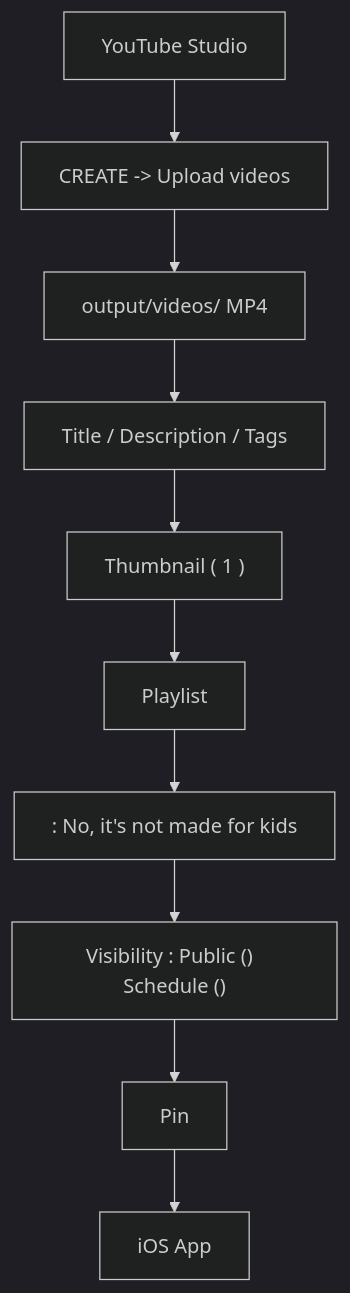
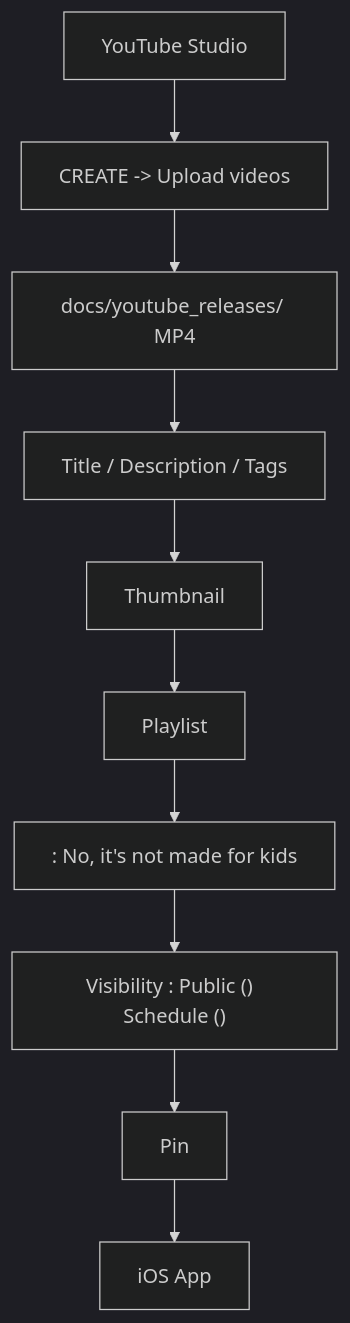
Before and after one commit to decnet105/tokyoflow: the diagram in docs/en/YOUTUBE_LAUNCH_KIT.md, drawn with Mermaid (dark theme). The commit also changed other lines of this file and 250 other files, not shown here.

````diff
--- a/docs/en/YOUTUBE_LAUNCH_KIT.md
+++ b/docs/en/YOUTUBE_LAUNCH_KIT.md
@@ -358,12 +358,12 @@
 ```mermaid
 flowchart TD
     A[" YouTube Studio"] --> B[" CREATE -> Upload videos"]
-    B --> C[" output/videos/  MP4 "]
+    B --> C[" docs/youtube_releases/ MP4 "]
     C --> D[" Title / Description / Tags"]
-    D --> E[" Thumbnail ( 1 )"]
+    D --> E[" Thumbnail "]
     E --> F[" Playlist "]
     F --> G[": No, it's not made for kids"]
     G --> H["Visibility : Public ()  Schedule ()"]
     H --> I[" Pin "]
     I --> J[" iOS App "]
 ```
````
